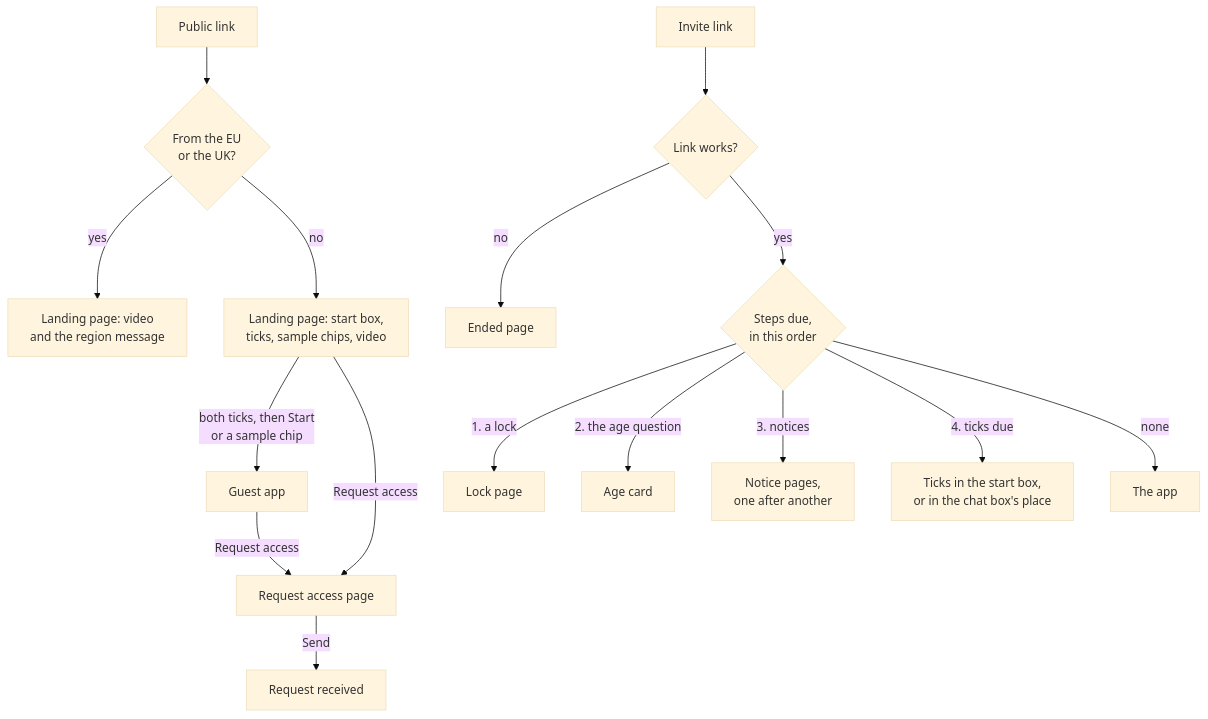
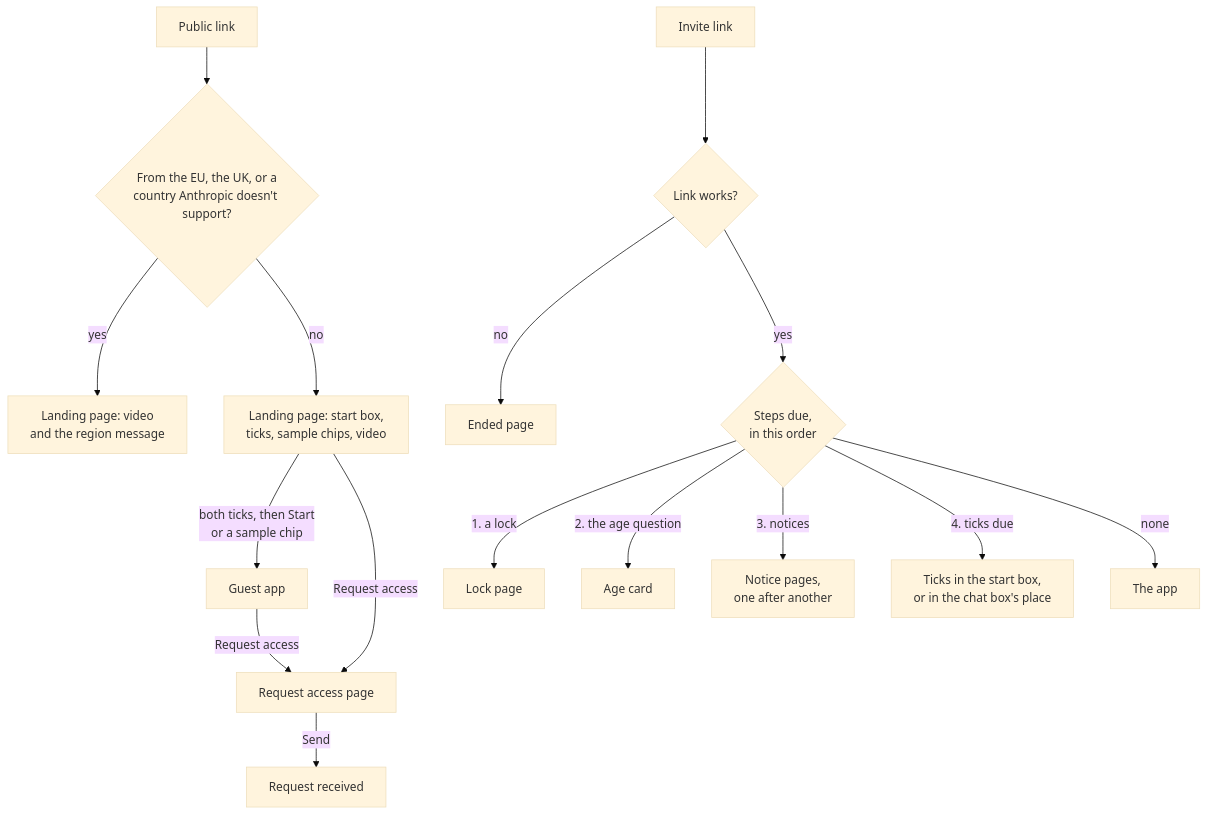
The diagram in docs/spec/landing-screens.md (calmxz/Crux), drawn with Mermaid (base theme) before and after one commit. The commit also changed other lines of this file and 37 other files, not shown here.

````diff
--- a/docs/spec/landing-screens.md
+++ b/docs/spec/landing-screens.md
@@ -7,18 +7,18 @@
 ```mermaid
 flowchart TD
-  link["Public link"] --> eu{"From the EU<br/>or the UK?"}
+  link["Public link"] --> eu{"From the EU, the UK, or a<br/>country Anthropic doesn't support?"}
   eu -->|yes| region["Landing page: video<br/>and the region message"]
   eu -->|no| land["Landing page: start box,<br/>ticks, sample chips, video"]
   land -->|"both ticks, then Start<br/>or a sample chip"| guest["Guest app"]
   land -->|"Request access"| req["Request access page"]
   guest -->|"Request access"| req
   req -->|Send| got["Request received"]
   invite["Invite link"] --> alive{"Link works?"}
   alive -->|no| ended["Ended page"]
   alive -->|yes| steps{"Steps due,<br/>in this order"}
   steps -->|"1. a lock"| lock["Lock page"]
   steps -->|"2. the age question"| age["Age card"]
   steps -->|"3. notices"| notice["Notice pages,<br/>one after another"]
   steps -->|"4. ticks due"| ticks["Ticks in the start box,<br/>or in the chat box's place"]
   steps -->|none| app["The app"]
 ```
````
